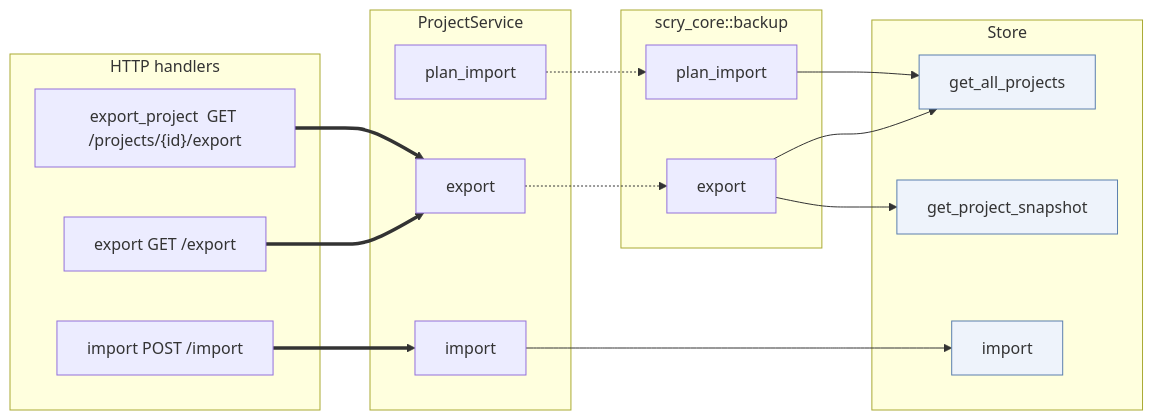
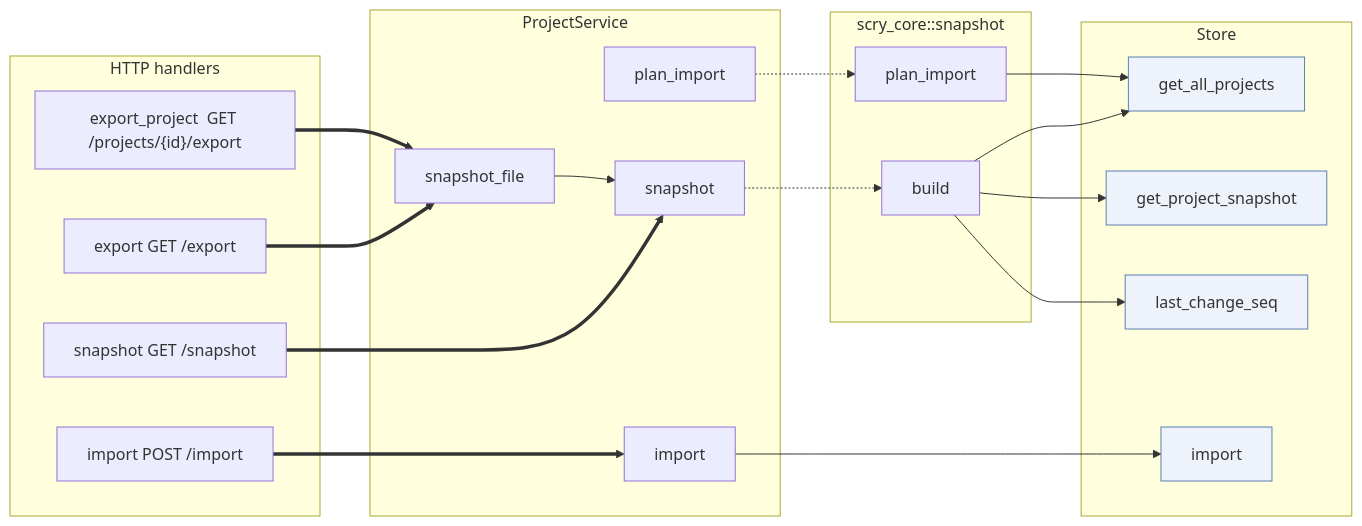
The sixth of 6 diagrams in docs/service-store-calls.md (paulwrubel/scry), drawn with Mermaid before and after one commit. The commit also changed other lines of this file and 21 other files, not shown here.

````diff
--- a/docs/service-store-calls.md
+++ b/docs/service-store-calls.md
@@ -422,39 +422,45 @@
 ```mermaid
 flowchart LR
   subgraph http["HTTP handlers"]
+    h_snapshot["snapshot  GET /snapshot"]
     h_export["export  GET /export"]
     h_export_project["export_project  GET /projects/{id}/export"]
     h_import["import  POST /import"]
   end
 
   subgraph svc["ProjectService"]
-    export[export]
+    snapshot[snapshot]
+    snapshot_file[snapshot_file]
     plan_import[plan_import]
     import[import]
   end
 
-  subgraph backup["scry_core::backup"]
-    bk_export[export]
+  subgraph snapshot_core["scry_core::snapshot"]
+    bk_build[build]
     bk_plan_import[plan_import]
   end
 
   subgraph store["Store"]
     st_get_all_projects[get_all_projects]
     st_get_project_snapshot[get_project_snapshot]
+    st_last_change_seq[last_change_seq]
     st_import[import]
   end
 
-  h_export ==> export
-  h_export_project ==> export
+  h_snapshot ==> snapshot
+  h_export ==> snapshot_file
+  h_export_project ==> snapshot_file
   h_import ==> import
 
-  export -.-> bk_export
+  snapshot_file --> snapshot
+  snapshot -.-> bk_build
   plan_import -.-> bk_plan_import
   import --> st_import
-  bk_export --> st_get_all_projects
-  bk_export --> st_get_project_snapshot
+  bk_build --> st_last_change_seq
+  bk_build --> st_get_all_projects
+  bk_build --> st_get_project_snapshot
   bk_plan_import --> st_get_all_projects
 
   classDef storeNode fill:#eef3fb,stroke:#5b7fae,stroke-width:1px
-  class st_get_all_projects,st_get_project_snapshot,st_import storeNode
+  class st_get_all_projects,st_get_project_snapshot,st_last_change_seq,st_import storeNode
 ```
````
